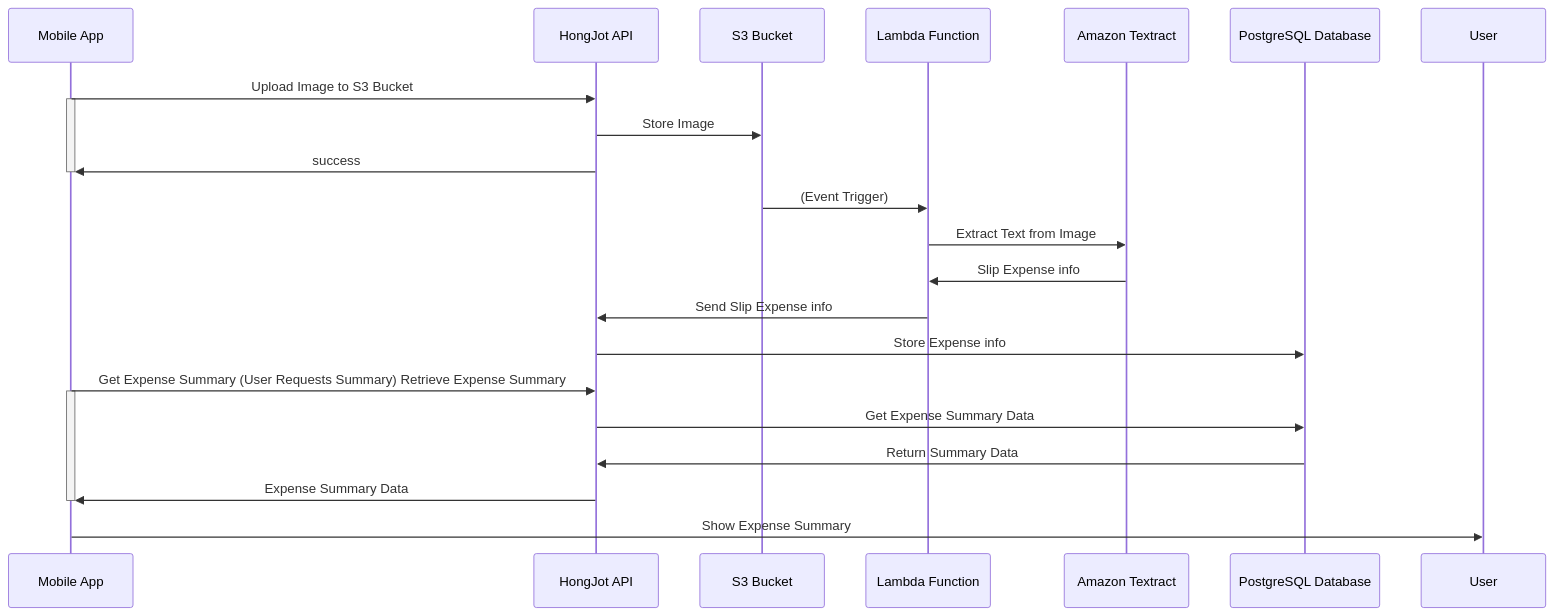
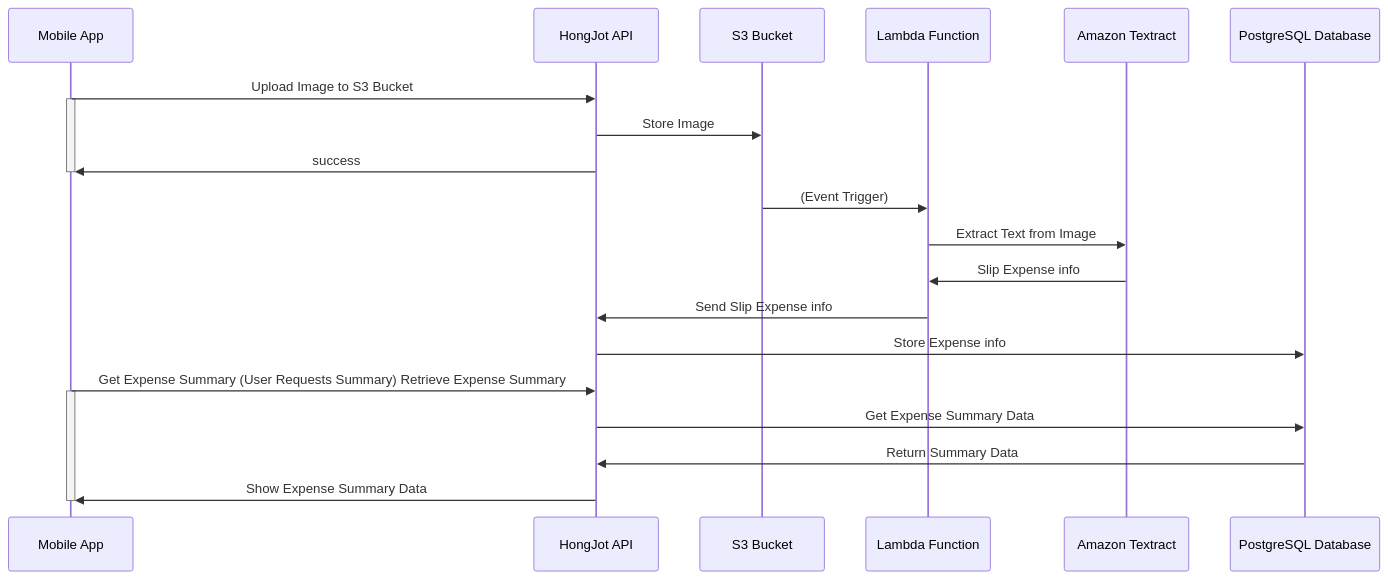
One commit to KKGo-Software-engineering/workshop-summer changed the diagram in Backlog.md. Above: the diagram before and after it, drawn with Mermaid.

````diff
--- a/Backlog.md
+++ b/Backlog.md
@@ -4,22 +4,21 @@
 ```mermaid
 sequenceDiagram
   Mobile App->>HongJot API: Upload Image to S3 Bucket
   activate Mobile App
   HongJot API->>S3 Bucket: Store Image
   HongJot API->>Mobile App: success
   deactivate Mobile App
   S3 Bucket->>Lambda Function: (Event Trigger)
   Lambda Function->>Amazon Textract: Extract Text from Image
   Amazon Textract->>Lambda Function: Slip Expense info
   Lambda Function->>HongJot API: Send Slip Expense info
   HongJot API->>PostgreSQL Database: Store Expense info
 
 
   Mobile App->>HongJot API: Get Expense Summary (User Requests Summary) Retrieve Expense Summary
   activate Mobile App
   HongJot API->>PostgreSQL Database: Get Expense Summary Data
   PostgreSQL Database->>HongJot API: Return Summary Data
-  HongJot API->>Mobile App: Expense Summary Data
+  HongJot API->>Mobile App: Show Expense Summary Data
   deactivate Mobile App
-  Mobile App->>User: Show Expense Summary
 ```
````
